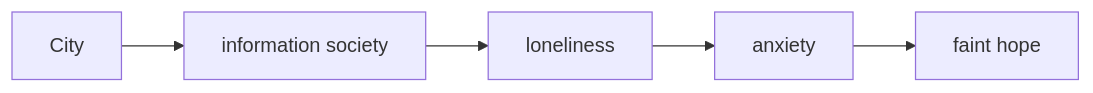
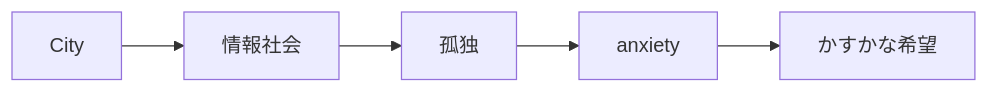
Diagram 14 of 20 in en/_posts/2026-07-02-column-influential-album-05.md (monumental-movement/monumental-movement.github.io), drawn with Mermaid before and after one commit. The commit also changed other lines of this file and 2196 other files, not shown here.

```diff
--- a/en/_posts/2026-07-02-column-influential-album-05.md
+++ b/en/_posts/2026-07-02-column-influential-album-05.md
@@ -1457,11 +1457,11 @@
 <div class="mermaid">
 flowchart LR
 A[City]
-B[information society]
-C[loneliness]
+B[情報社会]
+C[孤独]
 D[anxiety]
-E[faint hope]
+E[かすかな希望]
 
 A --> B --> C --> D --> E
 
 </div>
```
